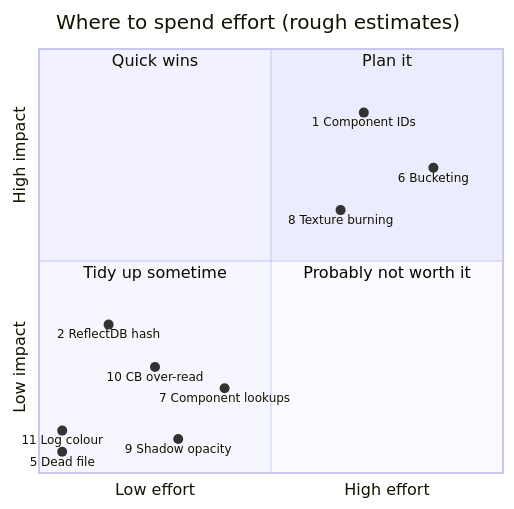
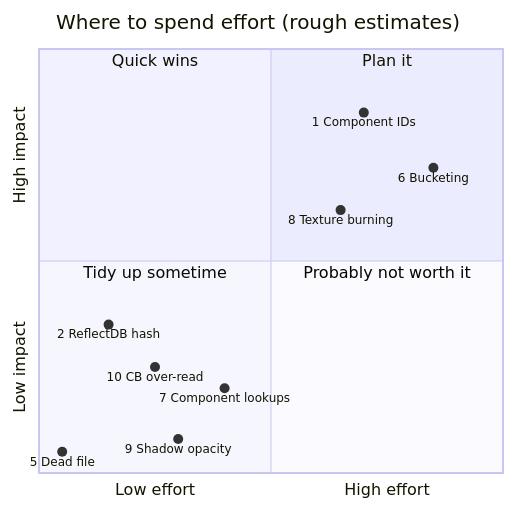
The diagram in Docs/Generated/Engine/10-KnownIssues/Architectural-Notes-And-TODOs.md (b1nary0/RZE), drawn with Mermaid before and after one commit. The commit also changed other lines of this file and 5 other files, not shown here.

````diff
--- a/Docs/Generated/Engine/10-KnownIssues/Architectural-Notes-And-TODOs.md
+++ b/Docs/Generated/Engine/10-KnownIssues/Architectural-Notes-And-TODOs.md
@@ -41,19 +43,18 @@
 ```mermaid
 quadrantChart
     title Where to spend effort (rough estimates)
     x-axis Low effort --> High effort
     y-axis Low impact --> High impact
     quadrant-1 Plan it
     quadrant-2 Quick wins
     quadrant-3 Tidy up sometime
     quadrant-4 Probably not worth it
     "1 Component IDs": [0.7, 0.85]
     "6 Bucketing": [0.85, 0.72]
     "8 Texture burning": [0.65, 0.62]
     "2 ReflectDB hash": [0.15, 0.35]
     "10 CB over-read": [0.25, 0.25]
-    "11 Log colour": [0.05, 0.1]
     "5 Dead file": [0.05, 0.05]
     "7 Component lookups": [0.4, 0.2]
     "9 Shadow opacity": [0.3, 0.08]
 ```
````
